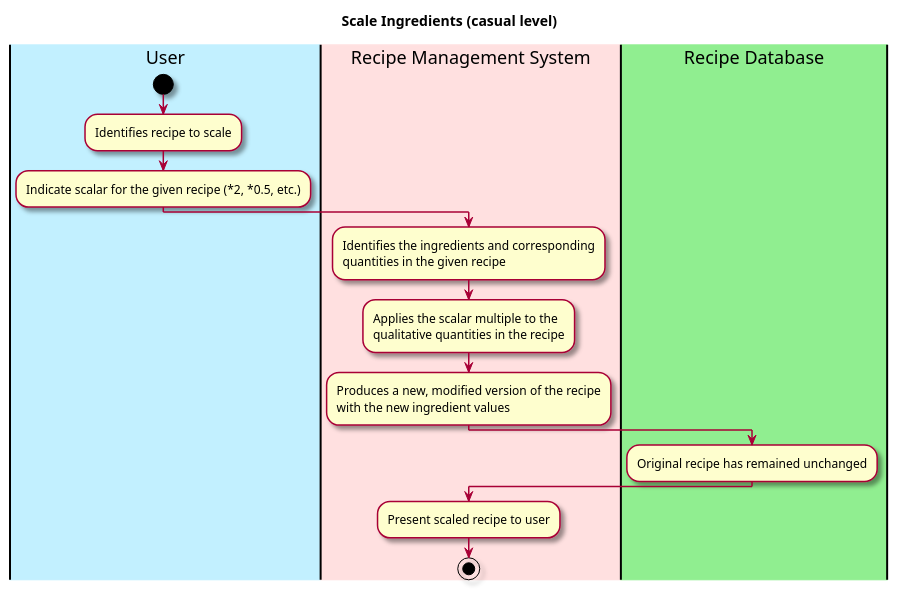
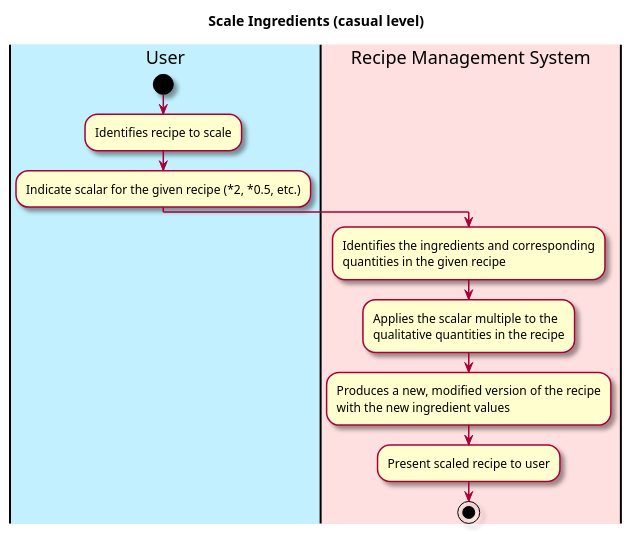
One commit to berthashipper/Pantry-Pal-Android-Application changed the diagram in intellij/doc/use-cases/scale_ingredients.md. Above: the diagram before and after it, drawn with PlantUML. The commit also changed 7 other files, not shown here.

````diff
--- a/intellij/doc/use-cases/scale_ingredients.md
+++ b/intellij/doc/use-cases/scale_ingredients.md
@@ -28,35 +28,30 @@
 ```plantuml
 @startuml
 
 skin rose
 
 title Scale Ingredients (casual level)
 
 'define the lanes
 |#application|User|
 |#implementation|Recipe Management System|
-|#lightgreen|Recipe Database|
 
 |User|
 start
 :Identifies recipe to scale;
 :Indicate scalar for the given recipe (*2, *0.5, etc.);
 
 |Recipe Management System|
 :Identifies the ingredients and corresponding
 quantities in the given recipe;
 
 |Recipe Management System|
 :Applies the scalar multiple to the
 qualitative quantities in the recipe;
 :Produces a new, modified version of the recipe
 with the new ingredient values;
 
-|Recipe Database|
-:Original recipe has remained unchanged;
-
-|Recipe Management System|
 :Present scaled recipe to user;
 stop
 @enduml
 ```
````
